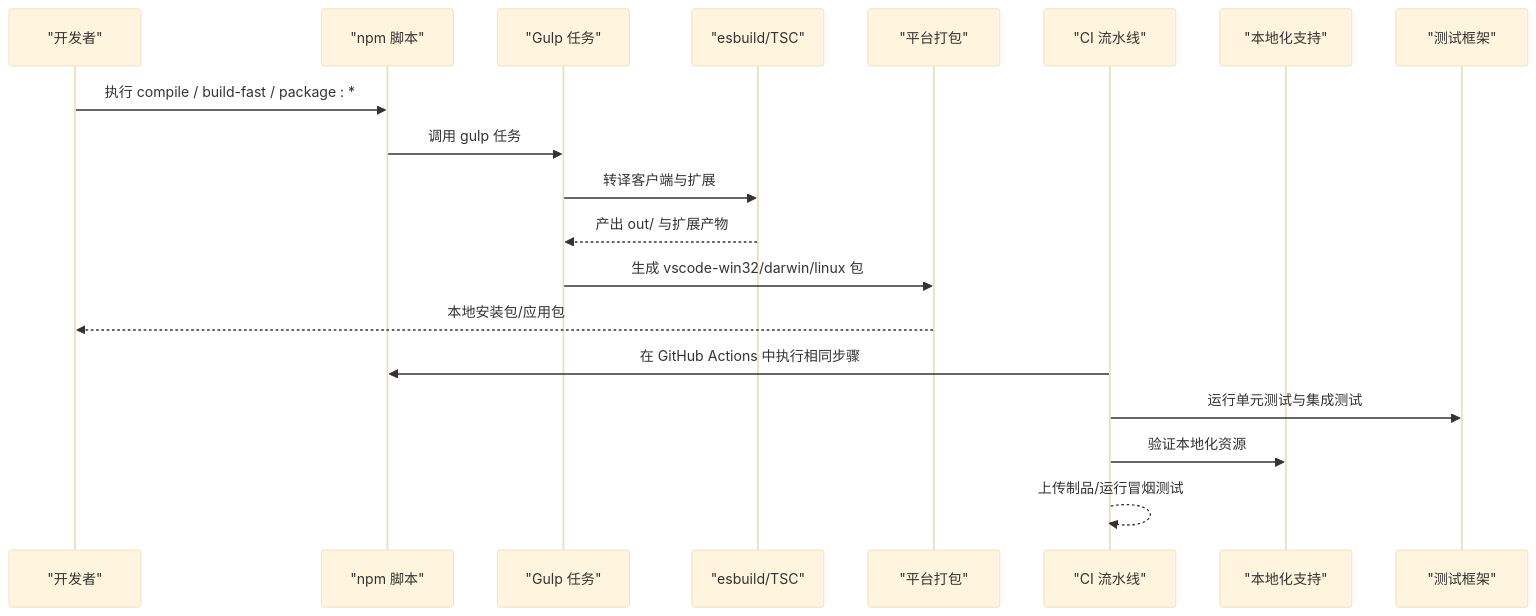
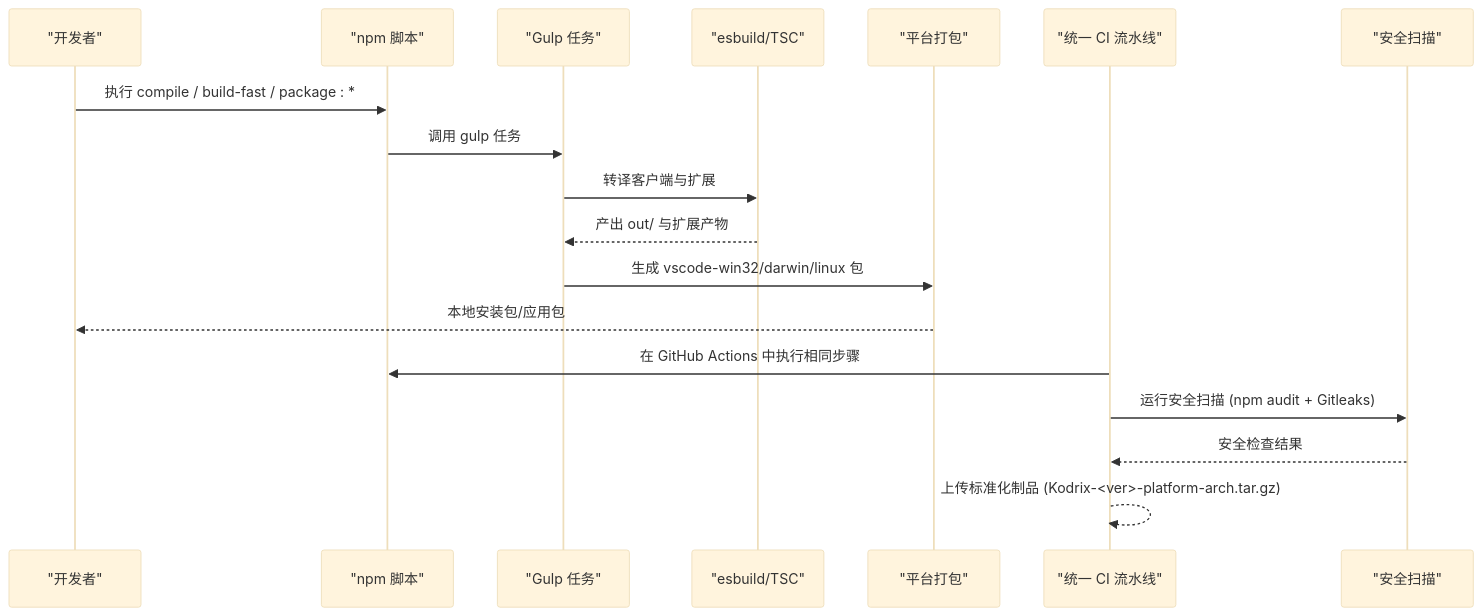
The second of 10 diagrams in .qoder/repowiki/zh/content/构建与部署/构建与部署.md (sofate798/KodrixCode), drawn with Mermaid (base theme) before and after one commit. The commit also changed other lines of this file and 6 other files, not shown here.

````diff
--- a/.qoder/repowiki/zh/content/构建与部署/构建与部署.md
+++ b/.qoder/repowiki/zh/content/构建与部署/构建与部署.md
@@ -105,21 +98,20 @@
 ```mermaid
 sequenceDiagram
 participant Dev as "开发者"
 participant NPM as "npm 脚本"
 participant Gulp as "Gulp 任务"
 participant ES as "esbuild/TSC"
 participant Pack as "平台打包"
-participant CI as "CI 流水线"
-participant L10n as "本地化支持"
-participant Test as "测试框架"
+participant CI as "统一 CI 流水线"
+participant Sec as "安全扫描"
 Dev->>NPM : 执行 compile / build-fast / package : *
 NPM->>Gulp : 调用 gulp 任务
 Gulp->>ES : 转译客户端与扩展
 ES-->>Gulp : 产出 out/ 与扩展产物
 Gulp->>Pack : 生成 vscode-win32/darwin/linux 包
 Pack-->>Dev : 本地安装包/应用包
 CI->>NPM : 在 GitHub Actions 中执行相同步骤
-CI->>Test : 运行单元测试与集成测试
-CI->>L10n : 验证本地化资源
-CI-->>CI : 上传制品/运行冒烟测试
+CI->>Sec : 运行安全扫描 (npm audit + Gitleaks)
+Sec-->>CI : 安全检查结果
+CI-->>CI : 上传标准化制品 (Kodrix-<ver>-platform-arch.tar.gz)
 ```
````
